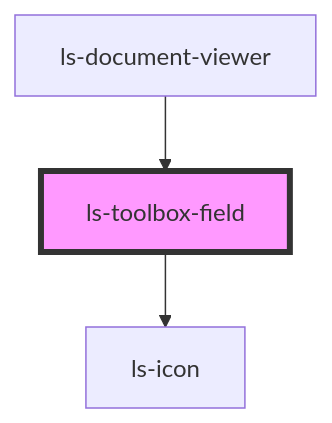
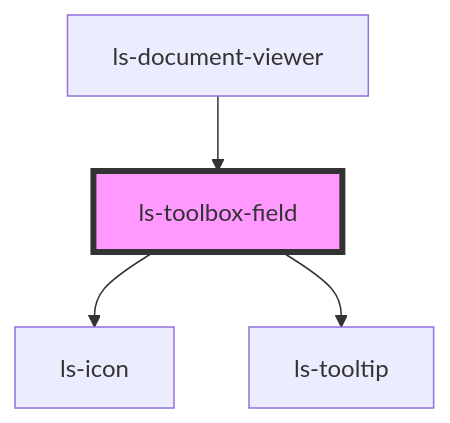
Before and after one commit to legalesign/ls-document-viewer: the diagram in src/components/ls-toolbox-field/readme.md, drawn with Mermaid. The commit also changed other lines of this file and 34 other files, not shown here.

````diff
--- a/src/components/ls-toolbox-field/readme.md
+++ b/src/components/ls-toolbox-field/readme.md
@@ -42,6 +43,7 @@
 ```mermaid
 graph TD;
   ls-toolbox-field --> ls-icon
+  ls-toolbox-field --> ls-tooltip
   ls-document-viewer --> ls-toolbox-field
   style ls-toolbox-field fill:#f9f,stroke:#333,stroke-width:4px
 ```
````
